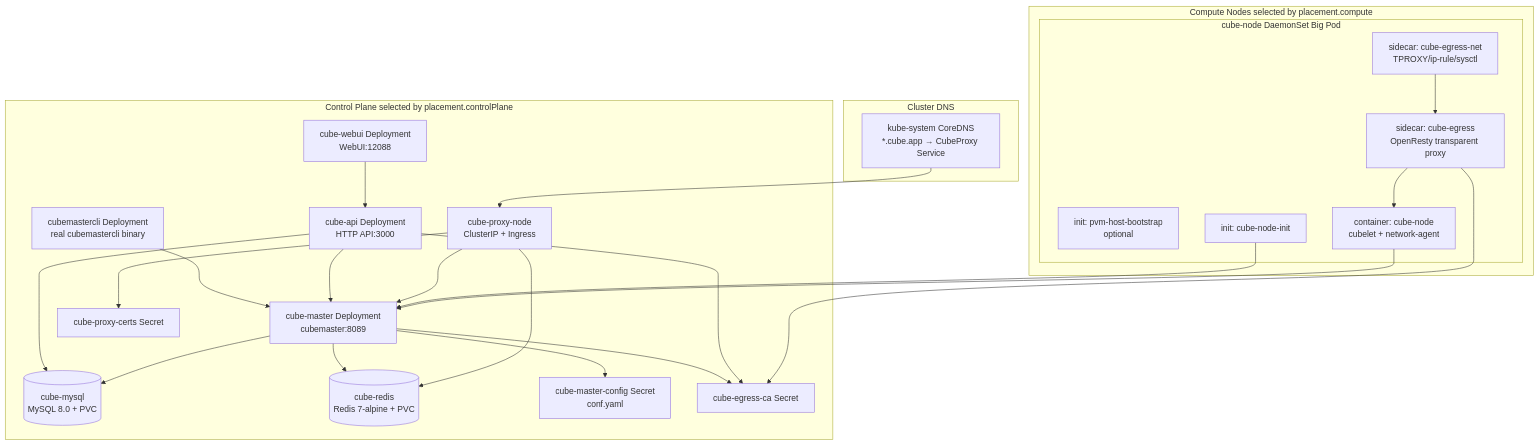
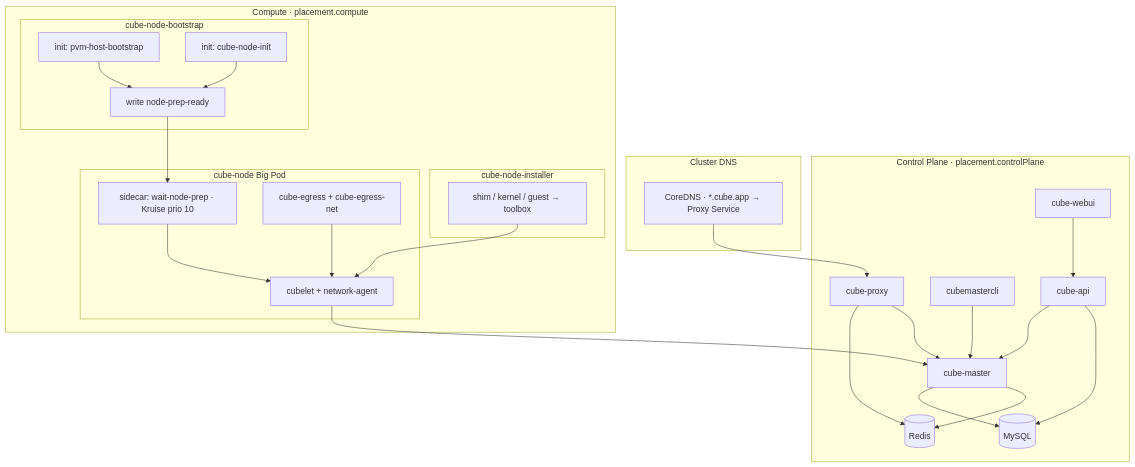
The first of 9 diagrams in deploy/kubernetes/chart/docs/ARCHITECTURE.md (TencentCloud/CubeSandbox), drawn with Mermaid before and after one commit. The commit also changed other lines of this file and 42 other files, not shown here.

First line of the commit message:
feat(kubernetes): split cube-node into bootstrap/installer/node DaemonSets, add per-component images

````diff
--- a/deploy/kubernetes/chart/docs/ARCHITECTURE.md
+++ b/deploy/kubernetes/chart/docs/ARCHITECTURE.md
@@ -23,48 +22,49 @@
 ```mermaid
 flowchart TB
-  subgraph CP["Control Plane selected by placement.controlPlane"]
-    CM["cube-master Deployment\ncubemaster:8089"]
-    API["cube-api Deployment\nHTTP API:3000"]
-    WEB["cube-webui Deployment\nWebUI:12088"]
-    CLI["cubemastercli Deployment\nreal cubemastercli binary"]
-    MYSQL[("cube-mysql\nMySQL 8.0 + PVC")]
-    REDIS[("cube-redis\nRedis 7-alpine + PVC")]
-    PROXY["cube-proxy-node\nClusterIP + Ingress"]
-    CMS["cube-master-config Secret\nconf.yaml"]
-    CA["cube-egress-ca Secret"]
-    CERT["cube-proxy-certs Secret"]
+  subgraph CP["Control Plane · placement.controlPlane"]
+    CM["cube-master"]
+    API["cube-api"]
+    WEB["cube-webui"]
+    CLI["cubemastercli"]
+    MYSQL[("MySQL")]
+    REDIS[("Redis")]
+    PROXY["cube-proxy"]
   end
 
   subgraph CLUSTER["Cluster DNS"]
-    KDNS["kube-system CoreDNS\n*.cube.app → CubeProxy Service"]
+    KDNS["CoreDNS · *.cube.app → Proxy Service"]
   end
 
-  subgraph COMPUTE["Compute Nodes selected by placement.compute"]
-    subgraph NODE["cube-node DaemonSet Big Pod"]
-      PVM["init: pvm-host-bootstrap\noptional"]
-      INIT["init: cube-node-init"]
-      CUBELET["container: cube-node\ncubelet + network-agent"]
-      EG["sidecar: cube-egress\nOpenResty transparent proxy"]
-      EGNET["sidecar: cube-egress-net\nTPROXY/ip-rule/sysctl"]
+  subgraph COMPUTE["Compute · placement.compute"]
+    subgraph BOOT["cube-node-bootstrap"]
+      PVM["init: pvm-host-bootstrap"]
+      NINIT["init: cube-node-init"]
+      READY["write node-prep-ready"]
+    end
+    subgraph INST["cube-node-installer"]
+      ART["shim / kernel / guest → toolbox"]
+    end
+    subgraph NODE["cube-node Big Pod"]
+      WAIT["sidecar: wait-node-prep · Kruise prio 10"]
+      RUN["cubelet + network-agent"]
+      EG["cube-egress + cube-egress-net"]
     end
   end
 
   WEB --> API
   CLI --> CM
   API --> CM
   API --> MYSQL
   CM --> MYSQL
   CM --> REDIS
-  CM --> CMS
-  CM --> CA
-  API --> CA
   PROXY --> REDIS
   PROXY --> CM
-  PROXY --> CERT
   KDNS --> PROXY
-  INIT --> CM
-  CUBELET --> CM
-  EG --> CA
-  EG --> CUBELET
-  EGNET --> EG
+  PVM --> READY
+  NINIT --> READY
+  READY --> WAIT
+  WAIT --> RUN
+  ART --> RUN
+  RUN --> CM
+  EG --> RUN
 ```
````
